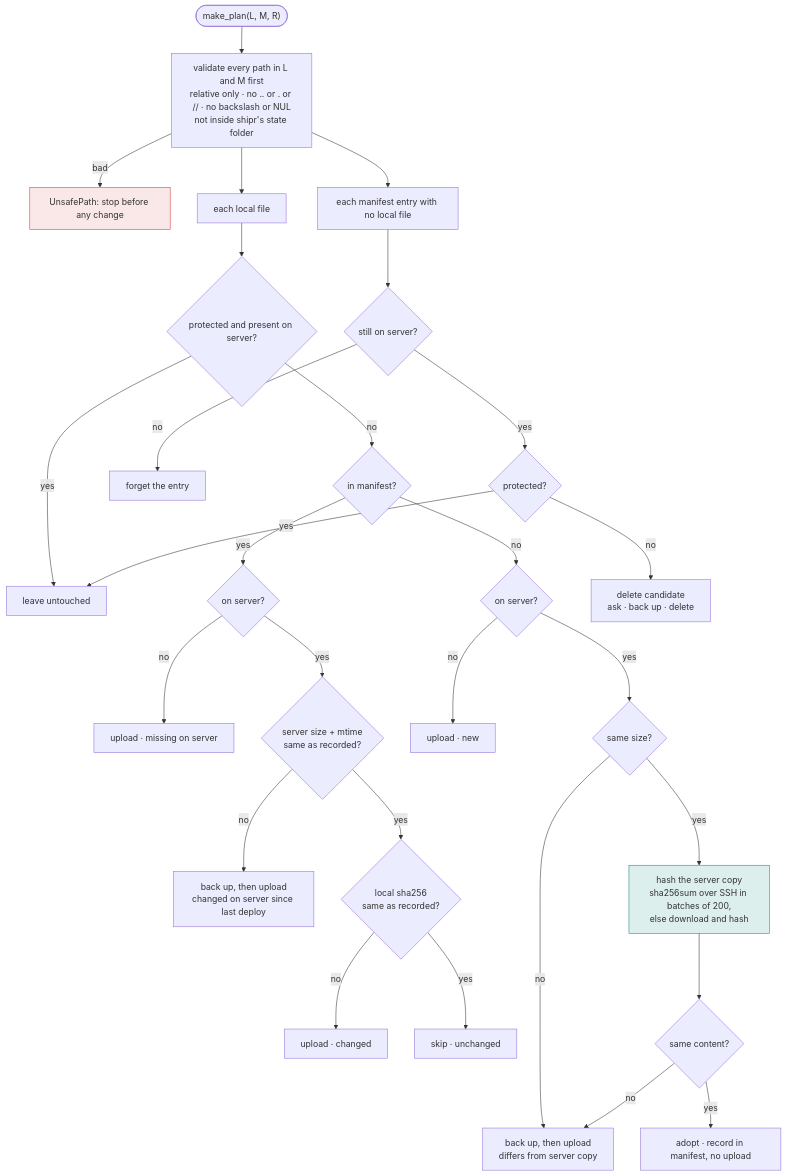
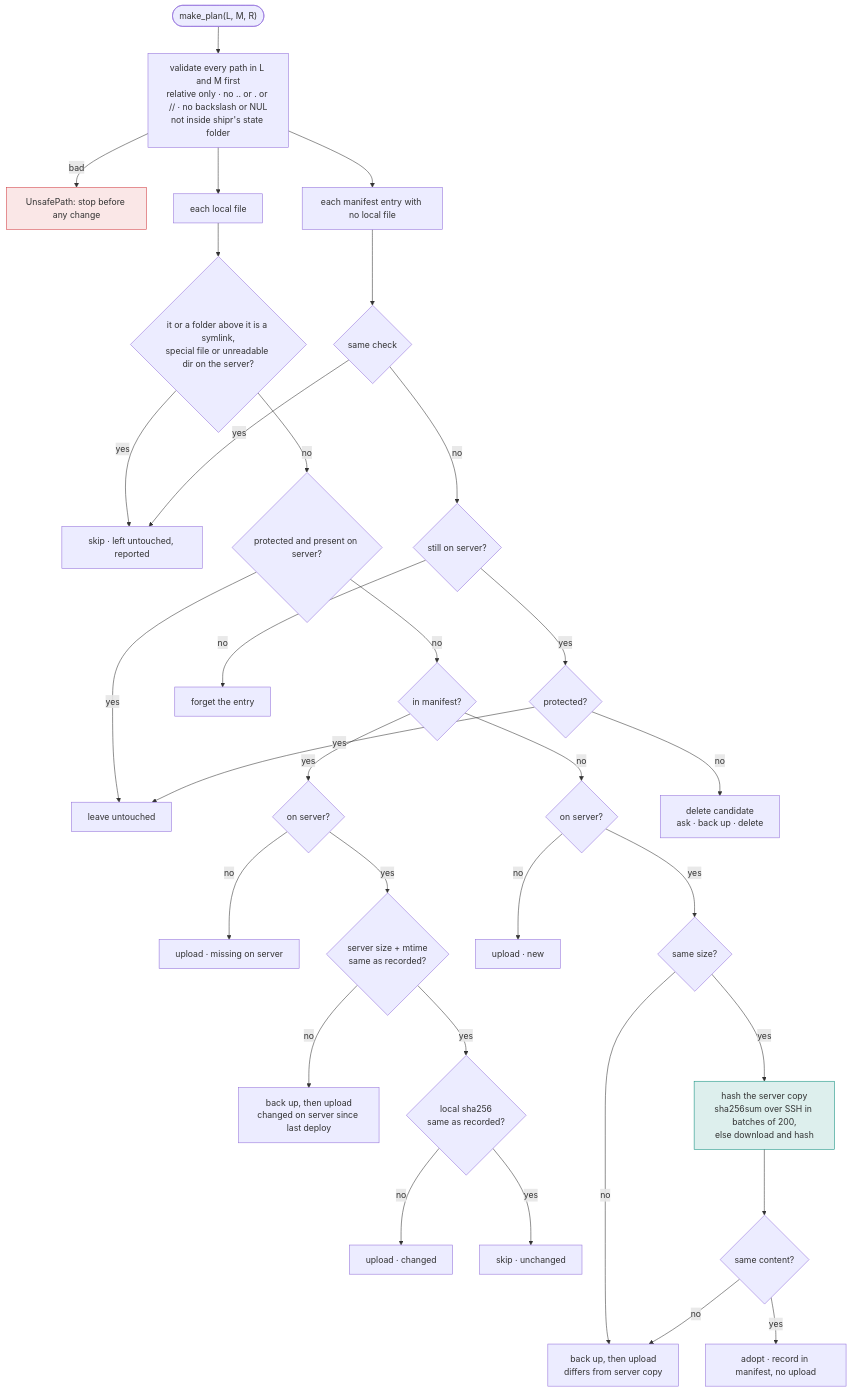
The eighth of 14 diagrams in docs/FLOW.md (aayushdhimaann/shipr), drawn with Mermaid before and after one commit. The commit also changed other lines of this file and 24 other files, not shown here.

````diff
--- a/docs/FLOW.md
+++ b/docs/FLOW.md
@@ -273,34 +273,38 @@
 ```mermaid
 flowchart TD
   s(["make_plan(L, M, R)"]) --> val["validate every path in L and M first<br/>relative only · no .. or . or // · no backslash or NUL<br/>not inside shipr's state folder"]
   val -- bad --> e["UnsafePath: stop before any change"]
   val --> loop["each local file"]
   val --> mloop["each manifest entry with no local file"]
-  loop --> p{"protected and present on server?"}
+  loop --> bl{"it or a folder above it is a symlink,<br/>special file or unreadable dir on the server?"}
+  mloop --> bl2{"same check"}
+  bl -- yes --> skip["skip · left untouched, reported"]
+  bl2 -- yes --> skip
+  bl -- no --> p{"protected and present on server?"}
   p -- yes --> prot["leave untouched"]
   p -- no --> inm{"in manifest?"}
   inm -- yes --> onr{"on server?"}
   onr -- no --> u1["upload · missing on server"]
   onr -- yes --> sm{"server size + mtime<br/>same as recorded?"}
   sm -- no --> u2["back up, then upload<br/>changed on server since last deploy"]
   sm -- yes --> hs{"local sha256<br/>same as recorded?"}
   hs -- no --> u3["upload · changed"]
   hs -- yes --> sk["skip · unchanged"]
   inm -- no --> onr2{"on server?"}
   onr2 -- no --> u4["upload · new"]
   onr2 -- yes --> sz{"same size?"}
   sz -- no --> u5["back up, then upload<br/>differs from server copy"]
   sz -- yes --> hash["hash the server copy<br/>sha256sum over SSH in batches of 200,<br/>else download and hash"]
   hash --> eq{"same content?"}
   eq -- yes --> ad["adopt · record in manifest, no upload"]
   eq -- no --> u5
-  mloop --> gone{"still on server?"}
+  bl2 -- no --> gone{"still on server?"}
   gone -- no --> fg["forget the entry"]
   gone -- yes --> pr2{"protected?"}
   pr2 -- yes --> prot
   pr2 -- no --> del["delete candidate<br/>ask · back up · delete"]
   classDef err fill:#d23f4520,stroke:#d23f45
   classDef srv fill:#0e8f7f24,stroke:#0e8f7f
   class e err
   class hash srv
 ```
````
